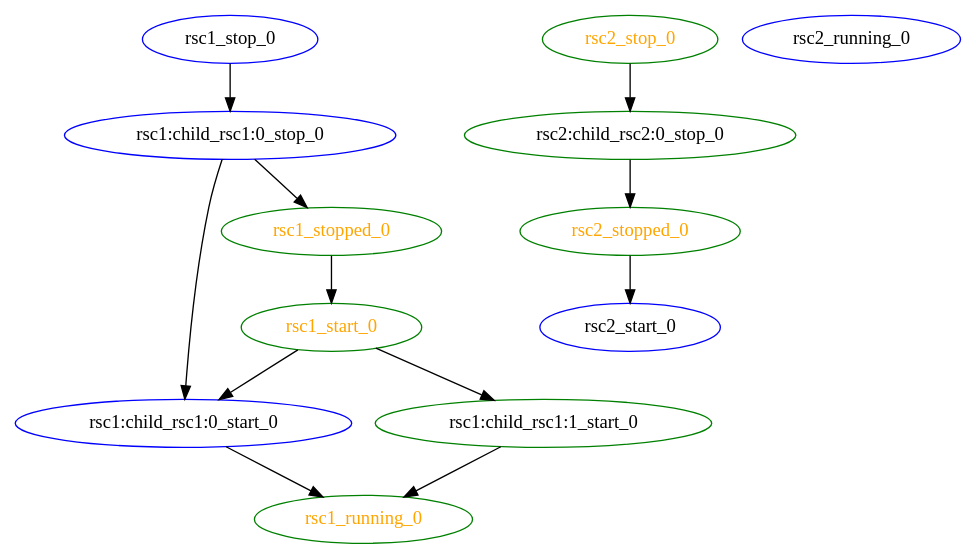
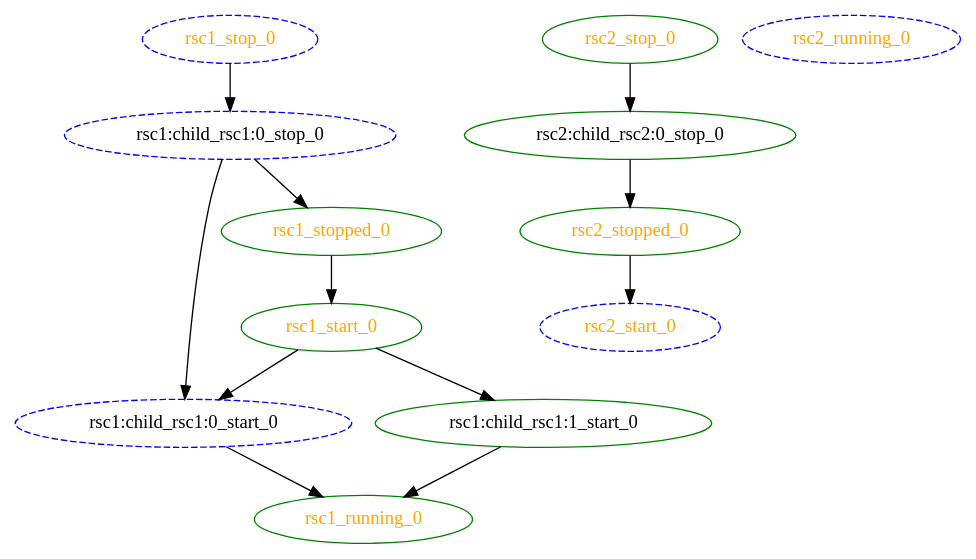
Before and after one commit to richiewen8/heartbeat: the diagram in crm/pengine/testcases/notify-0.dot, drawn with Graphviz. The commit also changed 91 other files, not shown here.

```diff
--- a/crm/pengine/testcases/notify-0.dot
+++ b/crm/pengine/testcases/notify-0.dot
@@ -1,26 +1,26 @@
 digraph "g" {
 	size = "30,30"
-"rsc1:child_rsc1:0_stop_0" [ color="blue" ]
-"rsc1:child_rsc1:0_start_0" [ color="blue" ]
-"rsc1:child_rsc1:1_start_0" [ color="green" ]
-"rsc1_start_0" [ color="green" fontcolor="orange" ]
-"rsc1_running_0" [ color="green" fontcolor="orange" ]
-"rsc1_stop_0" [ color="blue" ]
-"rsc1_stopped_0" [ color="green" fontcolor="orange" ]
-"rsc2:child_rsc2:0_stop_0" [ color="green" ]
-"rsc2_start_0" [ color="blue" ]
-"rsc2_running_0" [ color="blue" ]
-"rsc2_stop_0" [ color="green" fontcolor="orange" ]
-"rsc2_stopped_0" [ color="green" fontcolor="orange" ]
+"rsc1:child_rsc1:0_stop_0" [ style="dashed" color="blue" fontcolor="black" ]
+"rsc1:child_rsc1:0_start_0" [ style="dashed" color="blue" fontcolor="black" ]
+"rsc1:child_rsc1:1_start_0" [ tooltip="node1" color="green" fontcolor="black" ]
+"rsc1_start_0" [ tooltip="" color="green" fontcolor="orange" ]
+"rsc1_running_0" [ tooltip="" color="green" fontcolor="orange" ]
+"rsc1_stop_0" [ style="dashed" color="blue" fontcolor="orange" ]
+"rsc1_stopped_0" [ tooltip="" color="green" fontcolor="orange" ]
+"rsc2:child_rsc2:0_stop_0" [ tooltip="node1" color="green" fontcolor="black" ]
+"rsc2_start_0" [ style="dashed" color="blue" fontcolor="orange" ]
+"rsc2_running_0" [ style="dashed" color="blue" fontcolor="orange" ]
+"rsc2_stop_0" [ tooltip="" color="green" fontcolor="orange" ]
+"rsc2_stopped_0" [ tooltip="" color="green" fontcolor="orange" ]
 "rsc1_stop_0" -> "rsc1:child_rsc1:0_stop_0"
 "rsc1:child_rsc1:0_stop_0" -> "rsc1:child_rsc1:0_start_0"
 "rsc1_start_0" -> "rsc1:child_rsc1:0_start_0"
 "rsc1_start_0" -> "rsc1:child_rsc1:1_start_0"
 "rsc1_stopped_0" -> "rsc1_start_0"
 "rsc1:child_rsc1:0_start_0" -> "rsc1_running_0"
 "rsc1:child_rsc1:1_start_0" -> "rsc1_running_0"
 "rsc1:child_rsc1:0_stop_0" -> "rsc1_stopped_0"
 "rsc2_stop_0" -> "rsc2:child_rsc2:0_stop_0"
 "rsc2_stopped_0" -> "rsc2_start_0"
 "rsc2:child_rsc2:0_stop_0" -> "rsc2_stopped_0"
 }
```
